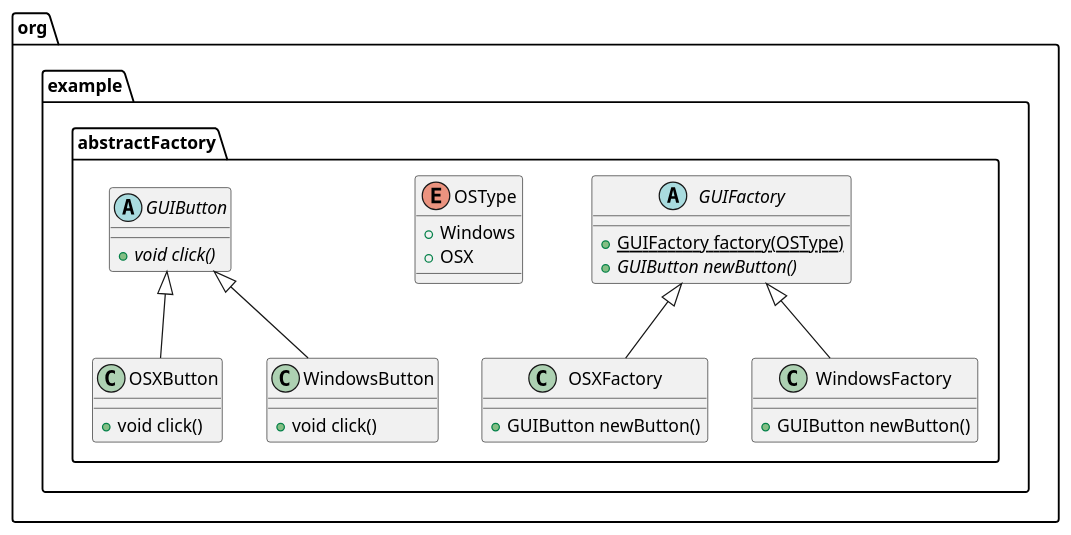
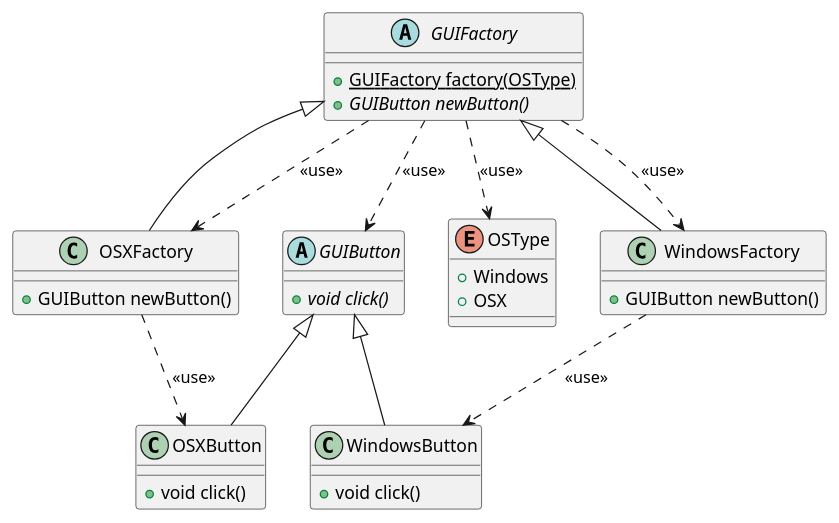
The diagram in src/main/java/org/example/abstractFactory/abstractFactory.puml (XiaoruiWang-SH/DesignPatterns), drawn with PlantUML before and after one commit. The commit also changed 1 other file, not shown here.

Commit message:
update UML diagram

```diff
--- a/src/main/java/org/example/abstractFactory/abstractFactory.puml
+++ b/src/main/java/org/example/abstractFactory/abstractFactory.puml
@@ -1,38 +1,50 @@
 @startuml
-abstract class org.example.abstractFactory.GUIFactory {
+abstract class GUIFactory {
 + {static} GUIFactory factory(OSType)
-+ {abstract}GUIButton newButton()
++ {abstract} GUIButton newButton()
 }
 
-class org.example.abstractFactory.OSXButton {
+class OSXButton {
 + void click()
 }
 
-class org.example.abstractFactory.OSXFactory {
+class OSXFactory {
 + GUIButton newButton()
 }
 
-class org.example.abstractFactory.WindowsFactory {
+class WindowsFactory {
 + GUIButton newButton()
 }
 
-enum org.example.abstractFactory.OSType {
+enum OSType {
 +  Windows
 +  OSX
 }
 
-abstract class org.example.abstractFactory.GUIButton {
+abstract class GUIButton {
 + {abstract}void click()
 }
 
-class org.example.abstractFactory.WindowsButton {
+class WindowsButton {
 + void click()
 }
 
 
 
-org.example.abstractFactory.GUIButton <|-- org.example.abstractFactory.OSXButton
-org.example.abstractFactory.GUIFactory <|-- org.example.abstractFactory.OSXFactory
-org.example.abstractFactory.GUIFactory <|-- org.example.abstractFactory.WindowsFactory
-org.example.abstractFactory.GUIButton <|-- org.example.abstractFactory.WindowsButton
+
+GUIFactory <|-- WindowsFactory
+GUIFactory <|-- OSXFactory
+
+GUIFactory ..> OSType : <<use>>
+GUIFactory ..> WindowsFactory : <<use>>
+GUIFactory ..> OSXFactory : <<use>>
+GUIFactory ..> GUIButton : <<use>>
+
+GUIButton <|-- WindowsButton
+GUIButton <|-- OSXButton
+
+WindowsFactory ..> WindowsButton : <<use>>
+OSXFactory ..> OSXButton : <<use>>
+
+
 @enduml
```
